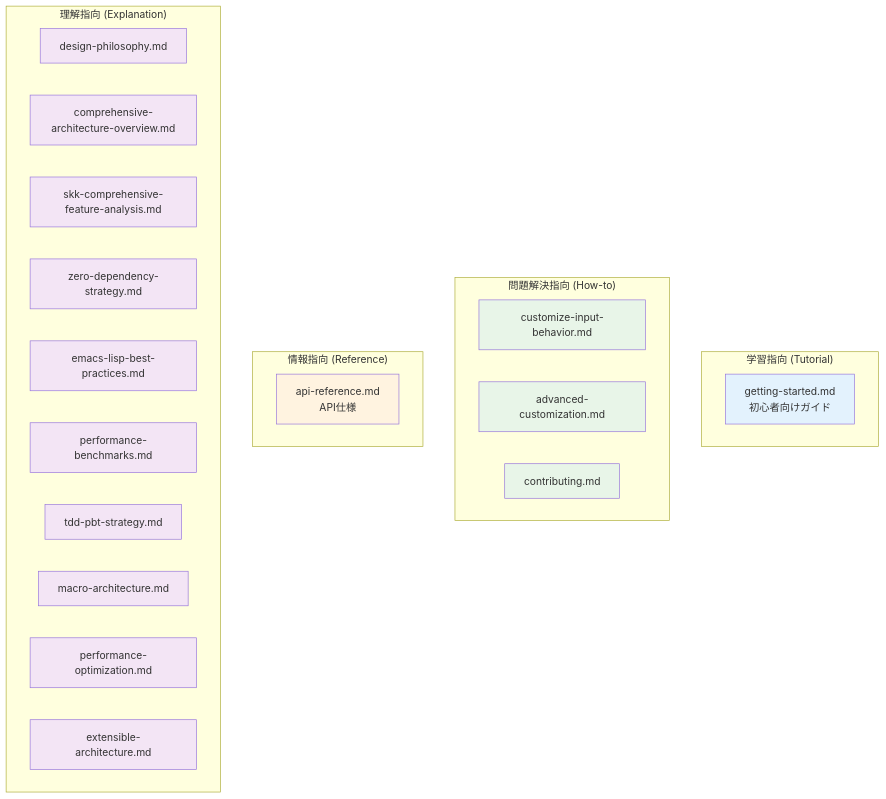
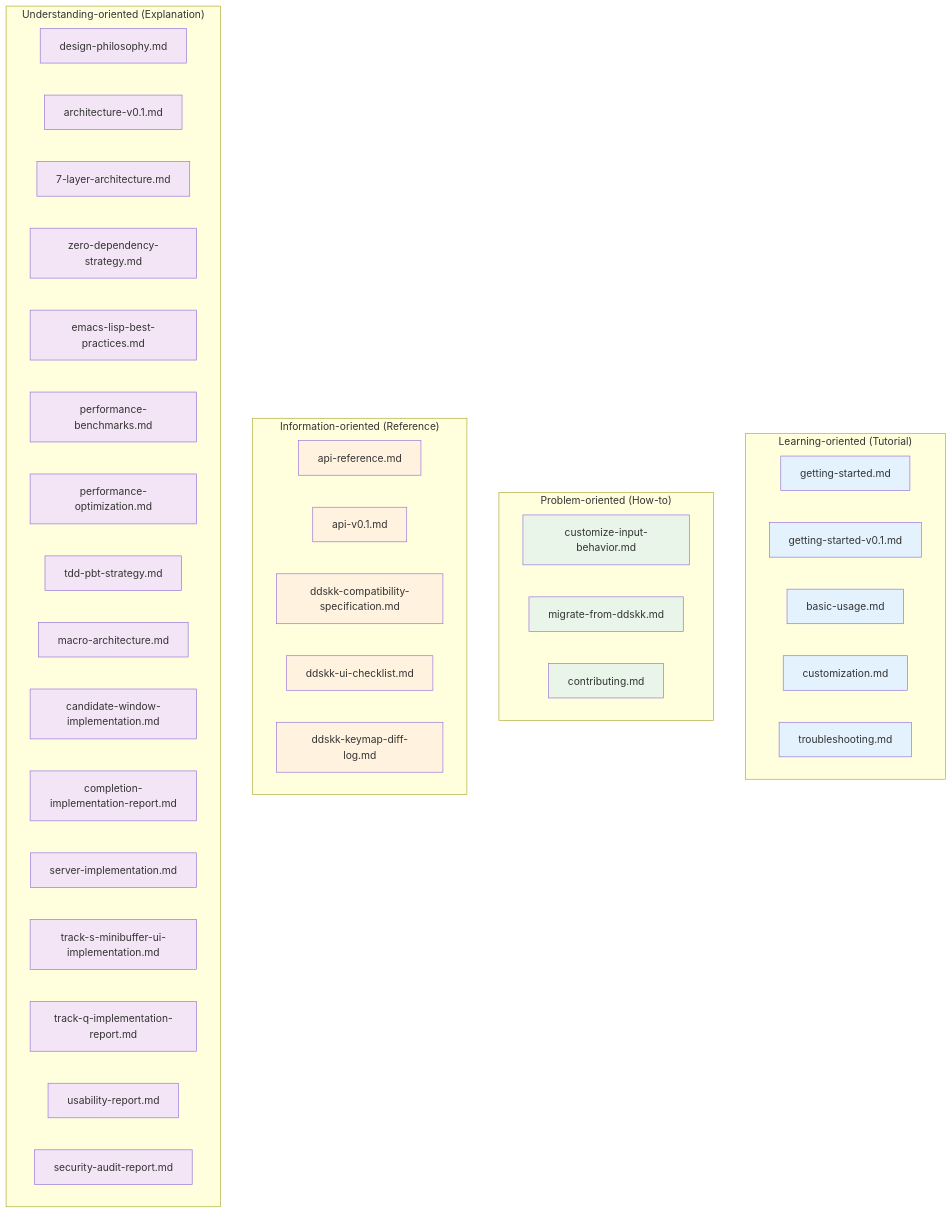
One commit to takeokunn/nskk.el changed the diagram in docs/README.md. Above: the diagram before and after it, drawn with Mermaid. The commit also changed other lines of this file and 300 other files, not shown here.

````diff
--- a/docs/README.md
+++ b/docs/README.md
@@ -62,39 +66,53 @@
 ```mermaid
 graph TD
-    subgraph "学習指向 (Tutorial)"
-        T1[getting-started.md<br/>初心者向けガイド]
+    subgraph "Learning-oriented (Tutorial)"
+        T1[getting-started.md]
+        T2[getting-started-v0.1.md]
+        T3[basic-usage.md]
+        T4[customization.md]
+        T5[troubleshooting.md]
     end
 
-    subgraph "問題解決指向 (How-to)"
+    subgraph "Problem-oriented (How-to)"
         H1[customize-input-behavior.md]
-        H2[advanced-customization.md]
+        H2[migrate-from-ddskk.md]
         H3[contributing.md]
     end
 
-    subgraph "情報指向 (Reference)"
-        R1[api-reference.md<br/>API仕様]
+    subgraph "Information-oriented (Reference)"
+        R1[api-reference.md]
+        R2[api-v0.1.md]
+        R3[ddskk-compatibility-specification.md]
+        R4[ddskk-ui-checklist.md]
+        R5[ddskk-keymap-diff-log.md]
     end
 
-    subgraph "理解指向 (Explanation)"
+    subgraph "Understanding-oriented (Explanation)"
         E1[design-philosophy.md]
-        E2[comprehensive-architecture-overview.md]
-        E3[skk-comprehensive-feature-analysis.md]
+        E2[architecture-v0.1.md]
+        E3[7-layer-architecture.md]
         E4[zero-dependency-strategy.md]
         E5[emacs-lisp-best-practices.md]
         E6[performance-benchmarks.md]
-        E7[tdd-pbt-strategy.md]
-        E8[macro-architecture.md]
-        E9[performance-optimization.md]
-        E10[extensible-architecture.md]
+        E7[performance-optimization.md]
+        E8[tdd-pbt-strategy.md]
+        E9[macro-architecture.md]
+        E10[candidate-window-implementation.md]
+        E11[completion-implementation-report.md]
+        E12[server-implementation.md]
+        E13[track-s-minibuffer-ui-implementation.md]
+        E14[track-q-implementation-report.md]
+        E15[usability-report.md]
+        E16[security-audit-report.md]
     end
 
     classDef tutorial fill:#e3f2fd
     classDef howto fill:#e8f5e8
     classDef reference fill:#fff3e0
     classDef explanation fill:#f3e5f5
 
-    class T1 tutorial
+    class T1,T2,T3,T4,T5 tutorial
     class H1,H2,H3 howto
-    class R1 reference
-    class E1,E2,E3,E4,E5,E6,E7,E8,E9,E10 explanation
+    class R1,R2,R3,R4,R5 reference
+    class E1,E2,E3,E4,E5,E6,E7,E8,E9,E10,E11,E12,E13,E14,E15,E16 explanation
 ```
````
